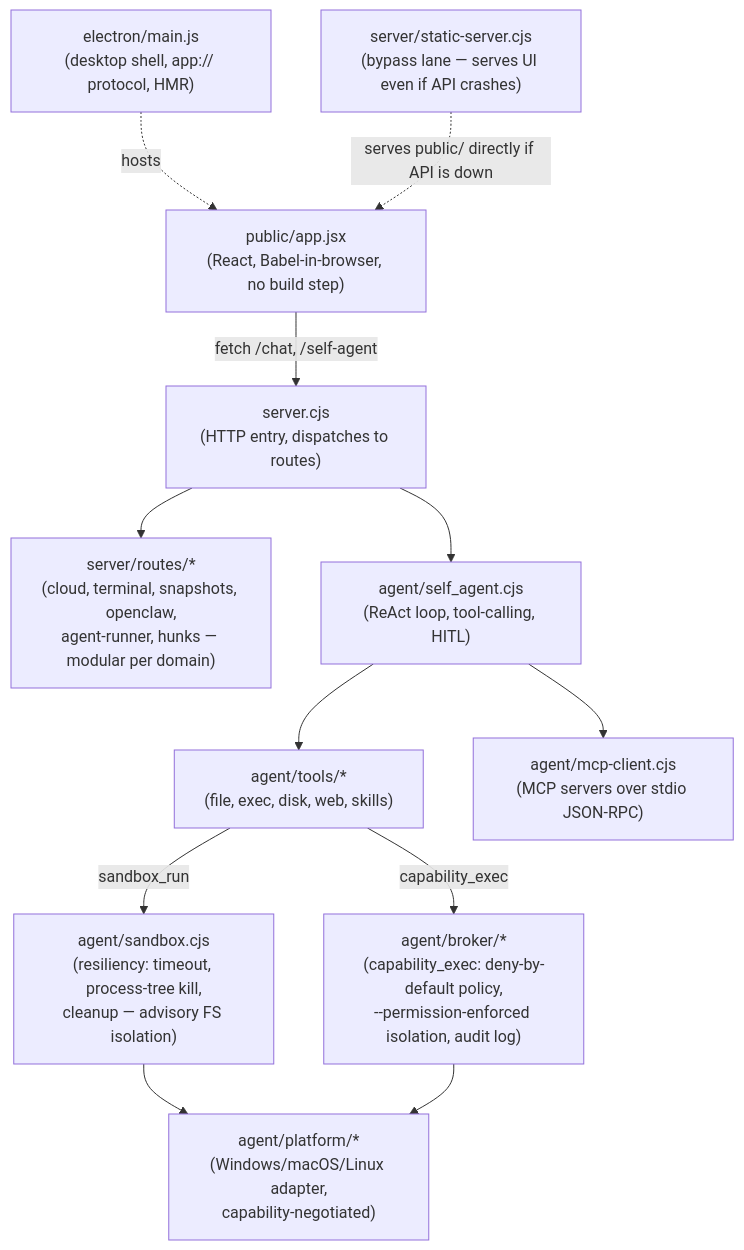
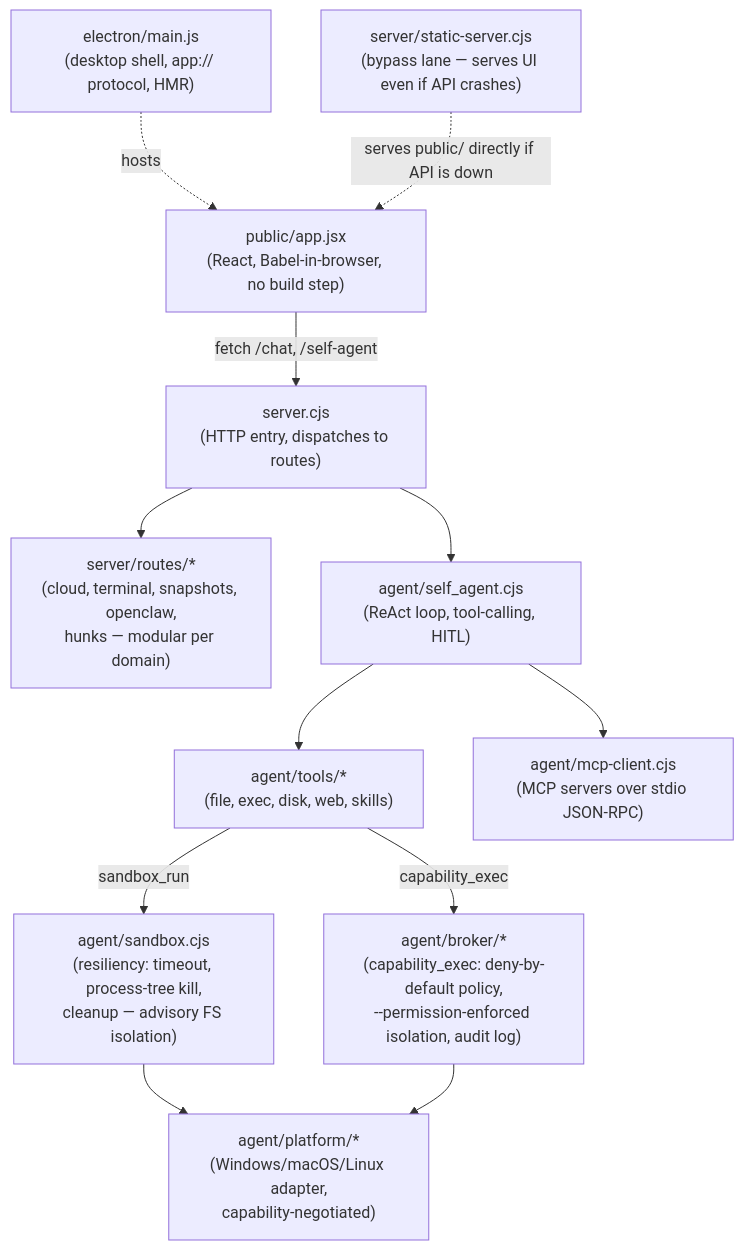
Before and after one commit to tegardave-alt/Wolfspace-ai-native: the diagram in README.md, drawn with Mermaid. The commit also changed 8 other files, not shown here.

First line of the commit message:
fix(readme): hapus rujukan agent-runner yang sudah dihapus dari diagram

````diff
--- a/README.md
+++ b/README.md
@@ -123,26 +123,26 @@
 ```mermaid
 graph TD
     Shell["electron/main.js<br/>(desktop shell, app:// protocol, HMR)"]
     UI["public/app.jsx<br/>(React, Babel-in-browser, no build step)"]
     Static["server/static-server.cjs<br/>(bypass lane — serves UI even if API crashes)"]
     API["server.cjs<br/>(HTTP entry, dispatches to routes)"]
-    Routes["server/routes/*<br/>(cloud, terminal, snapshots, openclaw,<br/>agent-runner, hunks — modular per domain)"]
+    Routes["server/routes/*<br/>(cloud, terminal, snapshots, openclaw,<br/>hunks — modular per domain)"]
     Agent["agent/self_agent.cjs<br/>(ReAct loop, tool-calling, HITL)"]
     Tools["agent/tools/*<br/>(file, exec, disk, web, skills)"]
     MCP["agent/mcp-client.cjs<br/>(MCP servers over stdio JSON-RPC)"]
     Sandbox["agent/sandbox.cjs<br/>(resiliency: timeout, process-tree kill,<br/>cleanup — advisory FS isolation)"]
     Broker["agent/broker/*<br/>(capability_exec: deny-by-default policy,<br/>--permission-enforced isolation, audit log)"]
     Platform["agent/platform/*<br/>(Windows/macOS/Linux adapter,<br/>capability-negotiated)"]
 
     Shell -.->|hosts| UI
     UI -->|fetch /chat, /self-agent| API
     Static -.->|serves public/ directly if API is down| UI
     API --> Routes
     API --> Agent
     Agent --> Tools
     Agent --> MCP
     Tools -->|sandbox_run| Sandbox
     Tools -->|capability_exec| Broker
     Sandbox --> Platform
     Broker --> Platform
 ```
````
